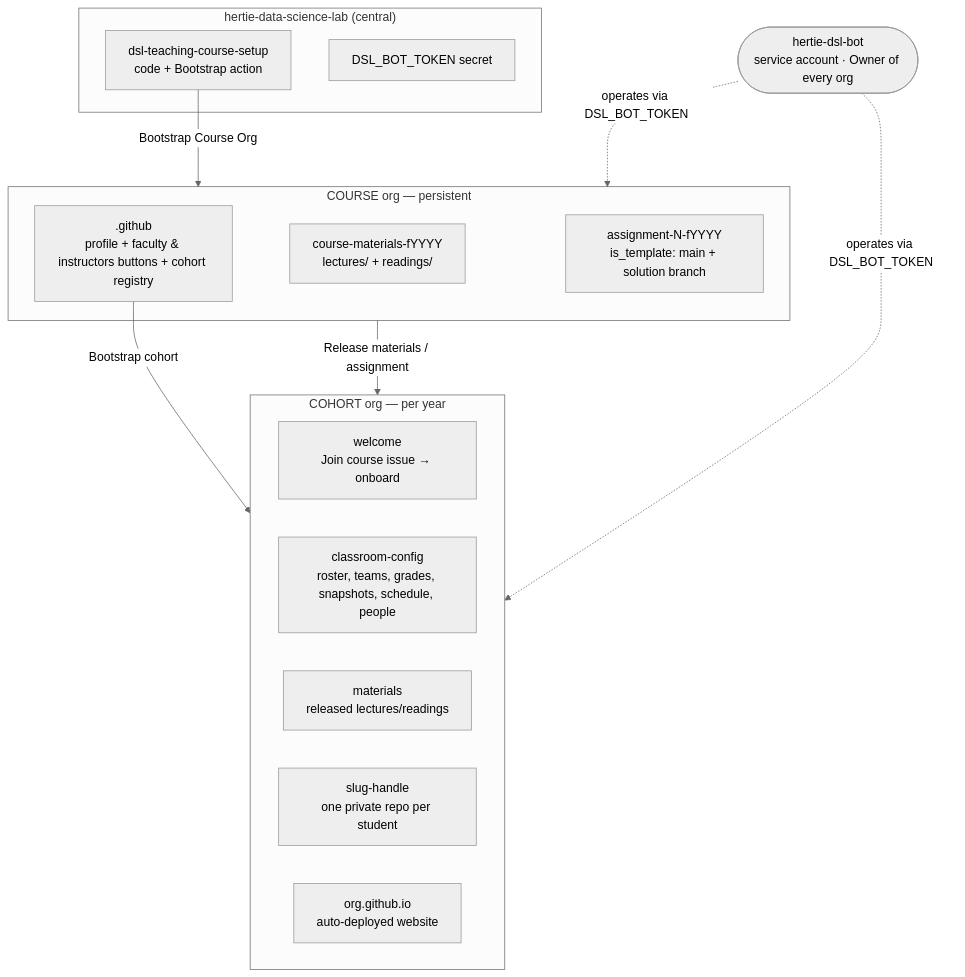
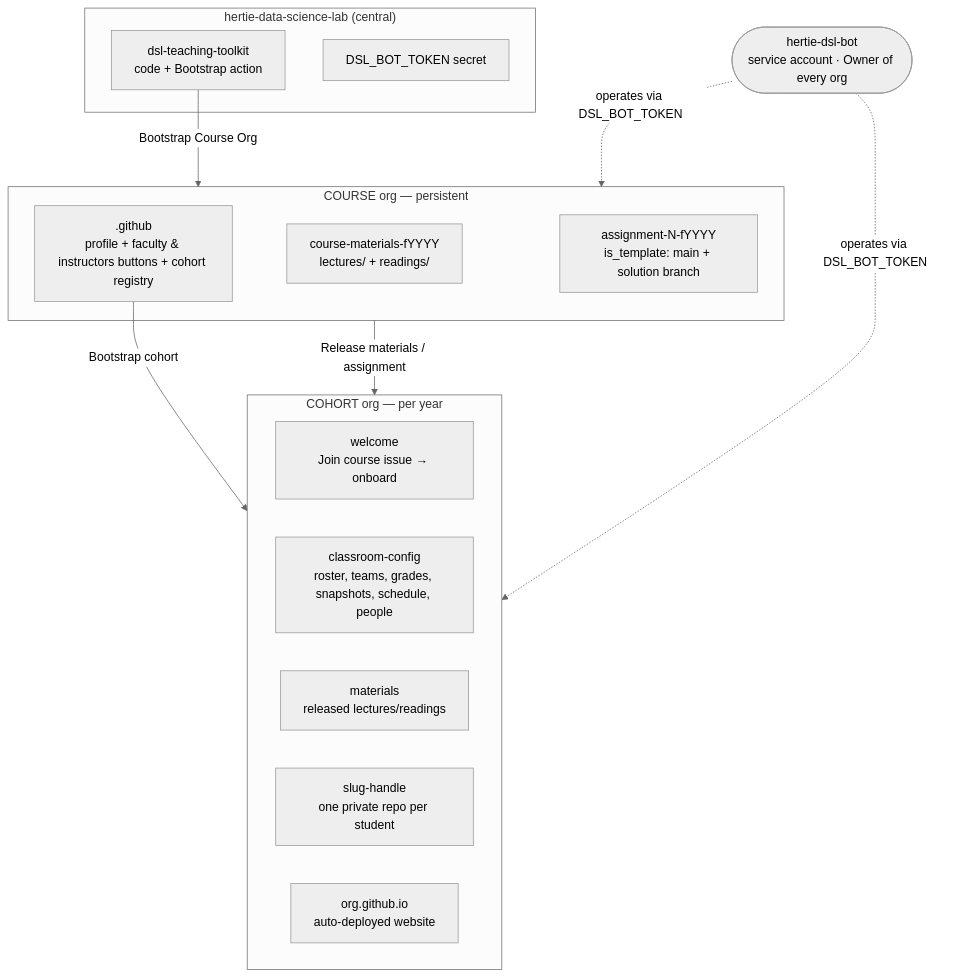
The first of 6 diagrams in docs-admin-arch/architecture.md (hertie-data-science-lab/dsl-teaching-course-setup), drawn with Mermaid (neutral theme) before and after one commit. The commit also changed 10 other files, not shown here.

First line of the commit message:
refactor: rename central repo to dsl-teaching-toolkit and drop the org retrofit path (#143)

````diff
--- a/docs-admin-arch/architecture.md
+++ b/docs-admin-arch/architecture.md
@@ -30,35 +30,35 @@
 ```mermaid
 flowchart TB
   subgraph central["hertie-data-science-lab (central)"]
-    repo["`dsl-teaching-course-setup
+    repo["`dsl-teaching-toolkit
 code + Bootstrap action`"]
     sec["DSL_BOT_TOKEN secret"]
   end
   bot(["`hertie-dsl-bot
 service account · Owner of every org`"])
   subgraph course["COURSE org — persistent"]
     cg["`.github
 profile + faculty & instructors buttons + cohort registry`"]
     mat["`course-materials-fYYYY
 lectures/ + readings/`"]
     asg["`assignment-N-fYYYY
 is_template: main + solution branch`"]
   end
   subgraph cohort["COHORT org — per year"]
     wel["`welcome
 Join course issue → onboard`"]
     ros["`classroom-config
 roster, teams, grades, snapshots, schedule, people`"]
     cmat["`materials
 released lectures/readings`"]
     stu["`slug-handle
 one private repo per student`"]
     site["`org.github.io
 auto-deployed website`"]
   end
   repo -->|"Bootstrap Course Org"| course
   cg -->|"Bootstrap cohort"| cohort
   course -->|"Release materials / assignment"| cohort
   bot -.->|"operates via DSL_BOT_TOKEN"| course
   bot -.->|"operates via DSL_BOT_TOKEN"| cohort
 ```
````
